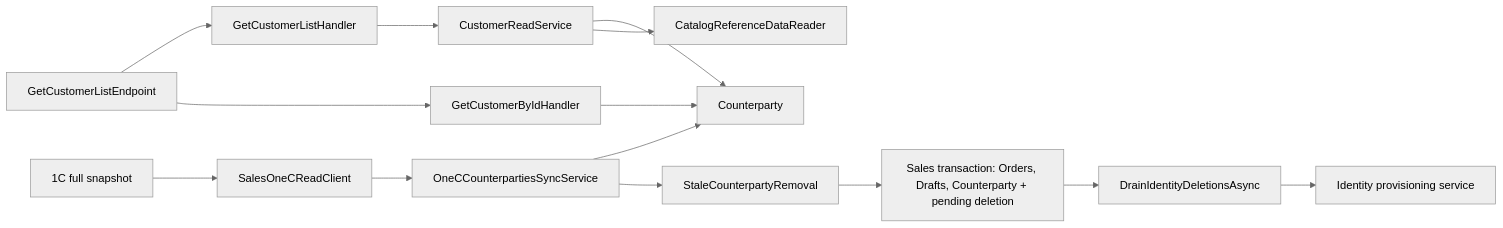
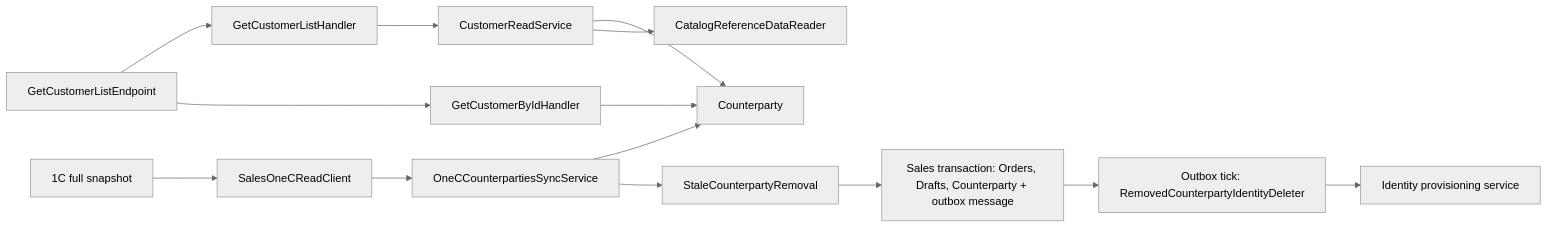
Before and after one commit to Weretik/KedrStore: the diagram in docs/sdd/features/sales/customers.md, drawn with Mermaid (neutral theme). The commit also changed other lines of this file and 132 other files, not shown here.

First line of the commit message:
Send manager orders and customer deletions through the shared outbox

````diff
--- a/docs/sdd/features/sales/customers.md
+++ b/docs/sdd/features/sales/customers.md
@@ -45,16 +43,16 @@
 ```mermaid
 flowchart LR
     A["GetCustomerListEndpoint"] --> B["GetCustomerListHandler"]
     A --> C["GetCustomerByIdHandler"]
     B --> G["CustomerReadService"]
     G --> D["Counterparty"]
     C --> D
     E["1C full snapshot"] --> F["SalesOneCReadClient"]
     F --> I["OneCCounterpartiesSyncService"]
     I --> D
     I --> J["StaleCounterpartyRemoval"]
-    J --> K["Sales transaction: Orders, Drafts, Counterparty + pending deletion"]
-    K --> L["DrainIdentityDeletionsAsync"]
+    J --> K["Sales transaction: Orders, Drafts, Counterparty + outbox message"]
+    K --> L["Outbox tick: RemovedCounterpartyIdentityDeleter"]
     L --> M["Identity provisioning service"]
     G --> H["CatalogReferenceDataReader"]
 ```
````
